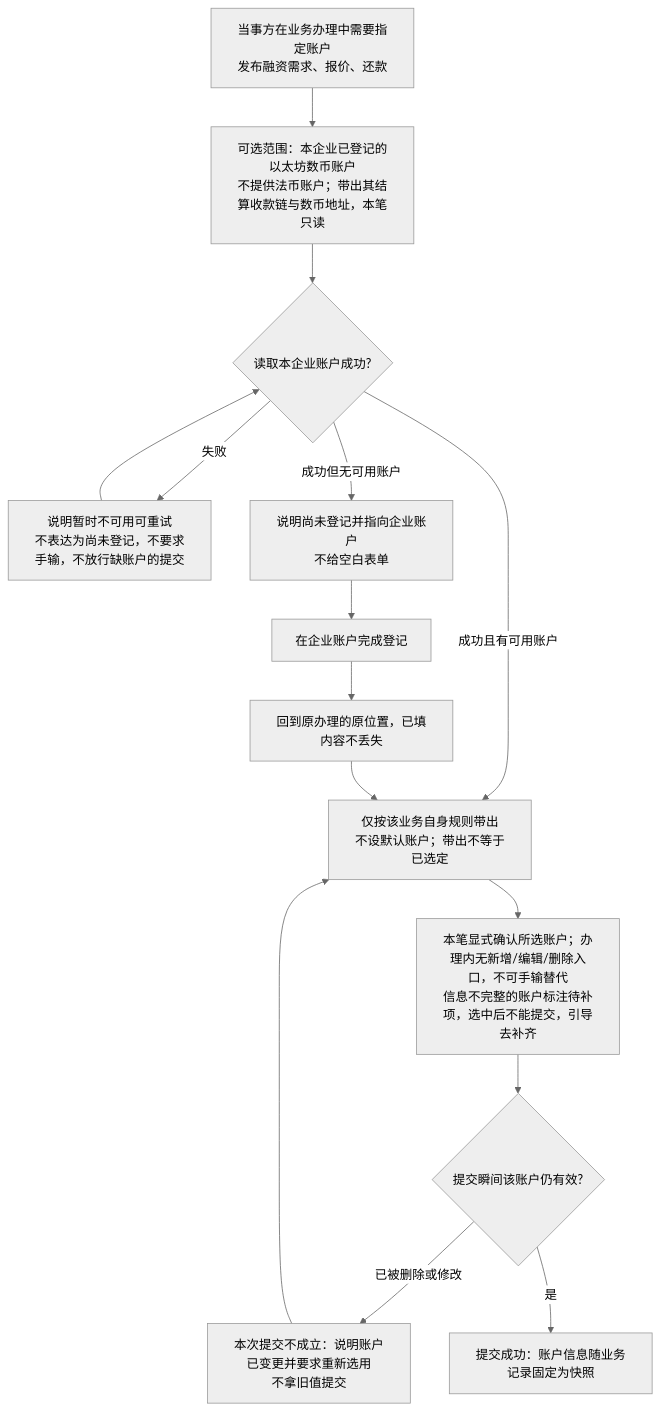
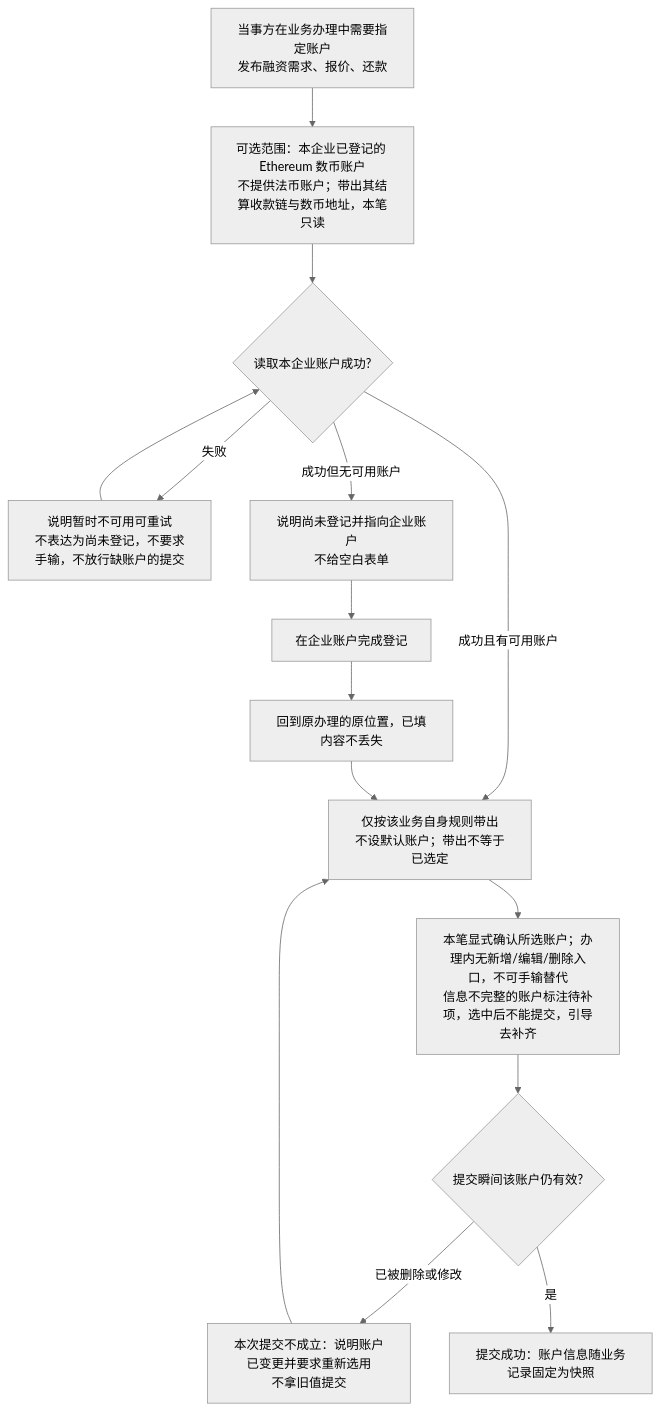
The fifth of 7 diagrams in lending-platform/PRD/面客端/03-企业账户/02-企业账户-流程图与状态机.md (wxblockchain/Chain-Financing), drawn with Mermaid (neutral theme) before and after one commit. The commit also changed other lines of this file and 15 other files, not shown here.

````diff
--- a/lending-platform/PRD/面客端/03-企业账户/02-企业账户-流程图与状态机.md
+++ b/lending-platform/PRD/面客端/03-企业账户/02-企业账户-流程图与状态机.md
@@ -123,17 +123,17 @@
 ```mermaid
 flowchart TD
-    A[当事方在业务办理中需要指定账户<br/>发布融资需求、报价、还款] --> D[可选范围：本企业已登记的以太坊数币账户<br/>不提供法币账户；带出其结算收款链与数币地址，本笔只读]
+    A[当事方在业务办理中需要指定账户<br/>发布融资需求、报价、还款] --> D[可选范围：本企业已登记的 Ethereum 数币账户<br/>不提供法币账户；带出其结算收款链与数币地址，本笔只读]
     D --> E{读取本企业账户成功?}
     E -->|失败| F[说明暂时不可用可重试<br/>不表达为尚未登记，不要求手输，不放行缺账户的提交]
     F --> E
     E -->|成功但无可用账户| G[说明尚未登记并指向企业账户<br/>不给空白表单]
     G --> H[在企业账户完成登记]
     H --> I[回到原办理的原位置，已填内容不丢失]
     E -->|成功且有可用账户| J[仅按该业务自身规则带出<br/>不设默认账户；带出不等于已选定]
     I --> J
     J --> K[本笔显式确认所选账户；办理内无新增/编辑/删除入口，不可手输替代<br/>信息不完整的账户标注待补项，选中后不能提交，引导去补齐]
     K --> L{提交瞬间该账户仍有效?}
     L -->|已被删除或修改| M[本次提交不成立：说明账户已变更并要求重新选用<br/>不拿旧值提交]
     M --> J
     L -->|是| N[提交成功：账户信息随业务记录固定为快照]
 ```
````
